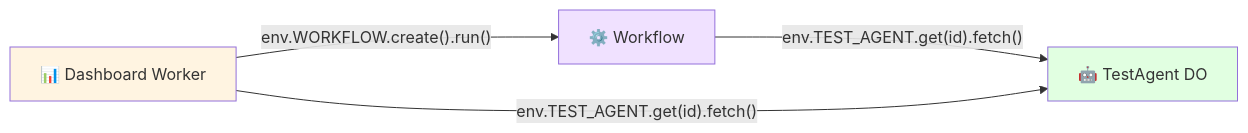
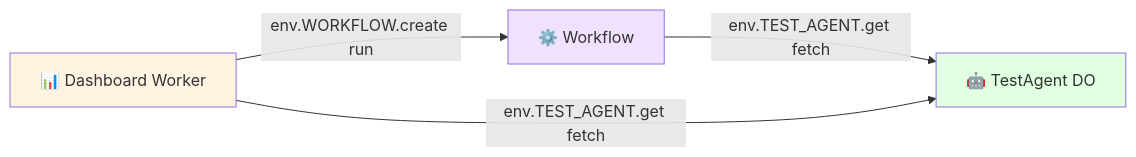
The sixth of 10 diagrams in docs/architecture/architecture-diagram.md (adam0white/GameEval), drawn with Mermaid before and after one commit. The commit also changed other lines of this file and 4 other files, not shown here.

````diff
--- a/docs/architecture/architecture-diagram.md
+++ b/docs/architecture/architecture-diagram.md
@@ -301,14 +301,14 @@
 ```mermaid
 graph LR
     DW["📊 Dashboard Worker"]
     WF["⚙️ Workflow"]
     TA["🤖 TestAgent DO"]
     
-    DW -->|"env.WORKFLOW.create().run()"| WF
-    WF -->|"env.TEST_AGENT.get(id).fetch()"| TA
-    DW -->|"env.TEST_AGENT.get(id).fetch()"| TA
+    DW -->|"env.WORKFLOW.create run"| WF
+    WF -->|"env.TEST_AGENT.get fetch"| TA
+    DW -->|"env.TEST_AGENT.get fetch"| TA
     
     style DW fill:#fff4e1
     style WF fill:#f0e1ff
     style TA fill:#e1ffe1
 ```
````
